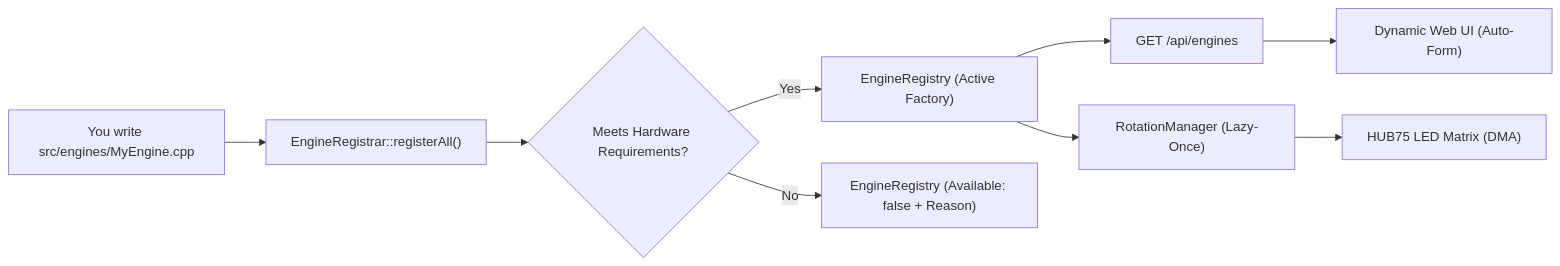
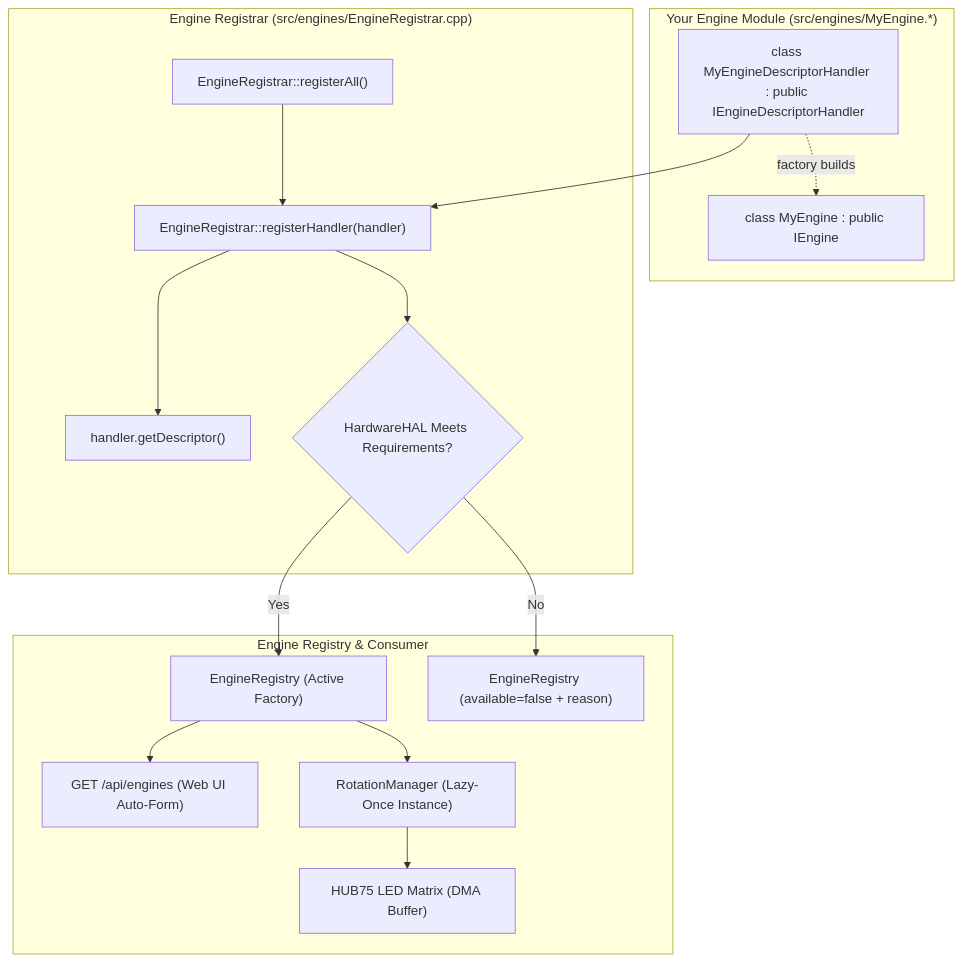
The first of 2 diagrams in docs/DEVELOPER.md (red77290/ArcadeMatrix), drawn with Mermaid before and after one commit. The commit also changed other lines of this file and 29 other files, not shown here.

Commit message:
refactor(engines): modularize engine registration with IEngineDescriptorHandler and update docs

````diff
--- a/docs/DEVELOPER.md
+++ b/docs/DEVELOPER.md
@@ -36,11 +36,25 @@
 ```mermaid
-flowchart LR
-    DEV["You write src/engines/MyEngine.cpp"] --> REGT["EngineRegistrar::registerAll()"]
-    REGT --> GATING{Meets Hardware Requirements?}
-    GATING -->|"Yes"| REG["EngineRegistry (Active Factory)"]
-    GATING -->|"No"| REG2["EngineRegistry (Available: false + Reason)"]
-    REG --> API["GET /api/engines"]
-    API --> UI["Dynamic Web UI (Auto-Form)"]
-    REG --> RM["RotationManager (Lazy-Once)"]
-    RM --> SCREEN["HUB75 LED Matrix (DMA)"]
+flowchart TD
+    subgraph EngineModule["Your Engine Module (src/engines/MyEngine.*)"]
+        ENG["class MyEngine : public IEngine"]
+        HND["class MyEngineDescriptorHandler : public IEngineDescriptorHandler"]
+        HND -.->|"factory builds"| ENG
+    end
+
+    subgraph Registration["Engine Registrar (src/engines/EngineRegistrar.cpp)"]
+        REGT["EngineRegistrar::registerAll()"]
+        REGT --> CALL["EngineRegistrar::registerHandler(handler)"]
+        CALL --> GET["handler.getDescriptor()"]
+        CALL --> GATING{HardwareHAL Meets Requirements?}
+    end
+
+    subgraph Core["Engine Registry & Consumer"]
+        GATING -->|"Yes"| REG["EngineRegistry (Active Factory)"]
+        GATING -->|"No"| REG2["EngineRegistry (available=false + reason)"]
+        REG --> API["GET /api/engines (Web UI Auto-Form)"]
+        REG --> RM["RotationManager (Lazy-Once Instance)"]
+        RM --> SCREEN["HUB75 LED Matrix (DMA Buffer)"]
+    end
+
+    HND --> CALL
 ```
````
